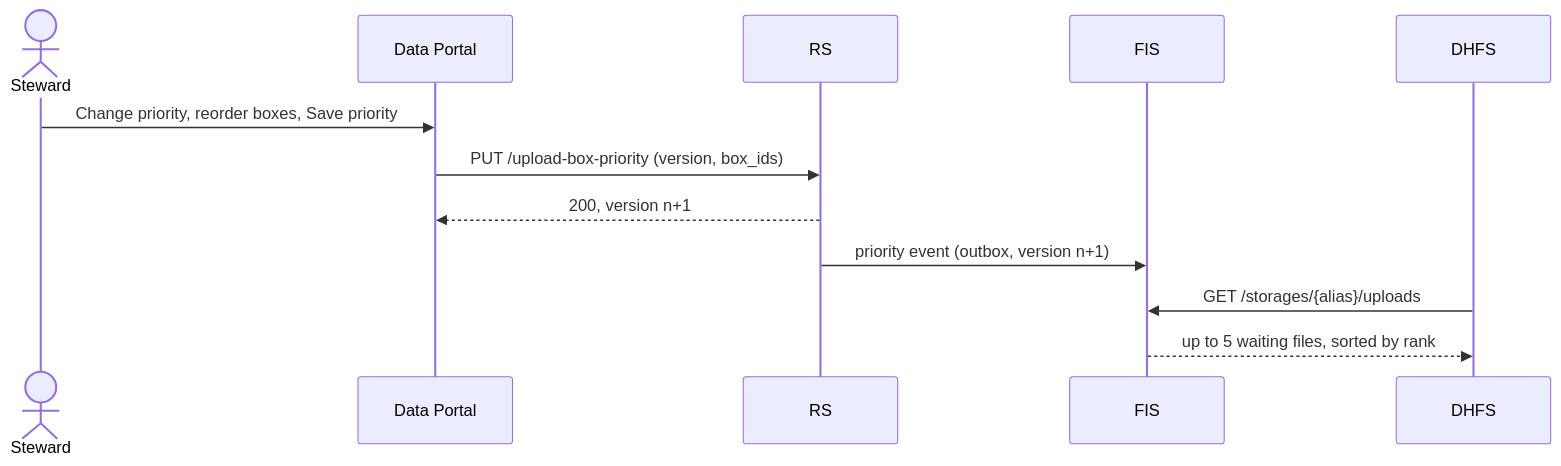
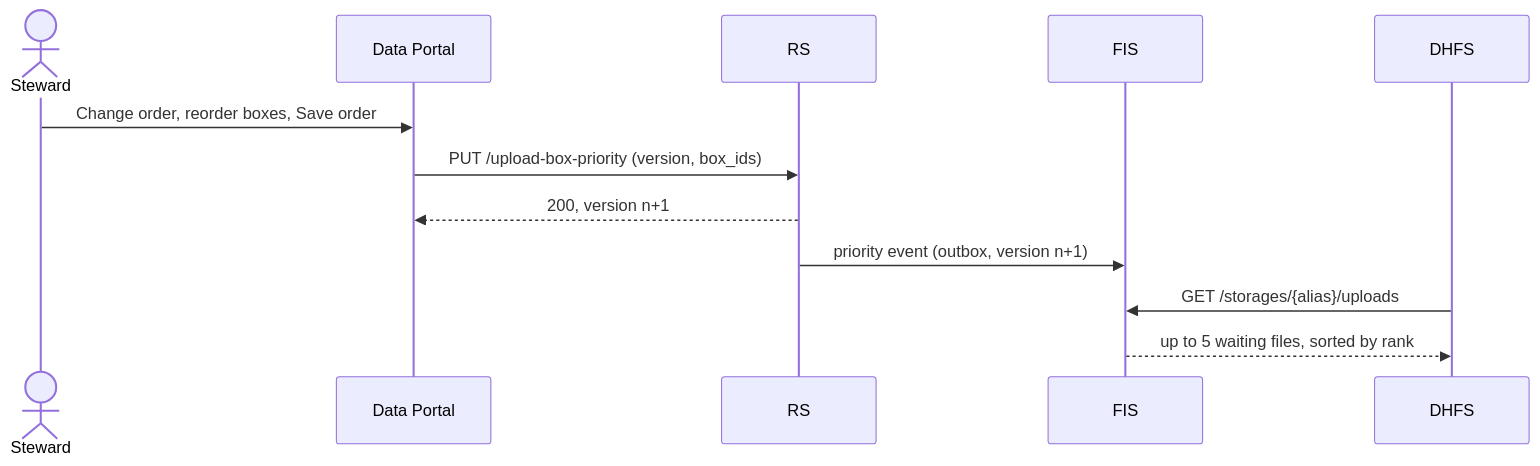
Before and after one commit to ghga-de/ghga: the diagram in docs/epics/epic-0095-shoebill/README.md, drawn with Mermaid. The commit also changed other lines of this file and 7 other files, not shown here.

Commit message:
feat(box-priority): call the reorder buttons Change order and Save order

````diff
--- a/docs/epics/epic-0095-shoebill/README.md
+++ b/docs/epics/epic-0095-shoebill/README.md
@@ -120,14 +120,14 @@
 ```mermaid
 sequenceDiagram
     actor Steward
     participant Portal as Data Portal
     participant RS
     participant FIS
     participant DHFS
-    Steward->>Portal: Change priority, reorder boxes, Save priority
+    Steward->>Portal: Change order, reorder boxes, Save order
     Portal->>RS: PUT /upload-box-priority (version, box_ids)
     RS-->>Portal: 200, version n+1
     RS->>FIS: priority event (outbox, version n+1)
     DHFS->>FIS: GET /storages/{alias}/uploads
     FIS-->>DHFS: up to 5 waiting files, sorted by rank
 ```
````
